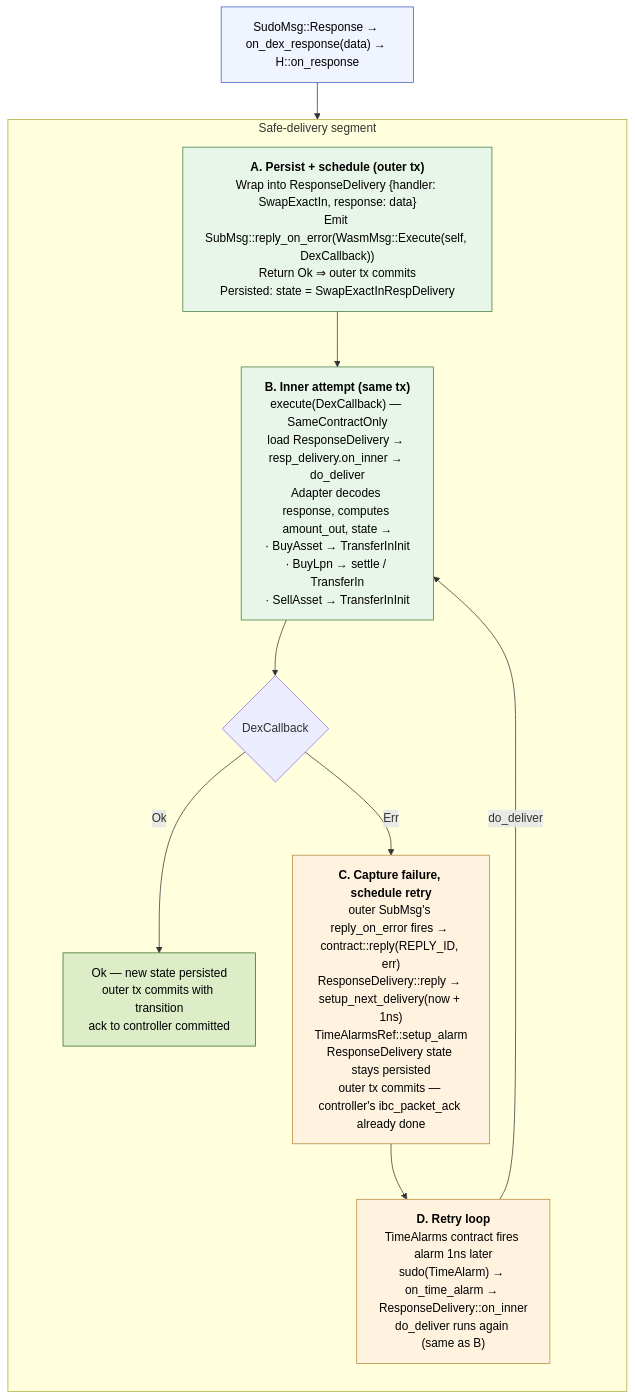
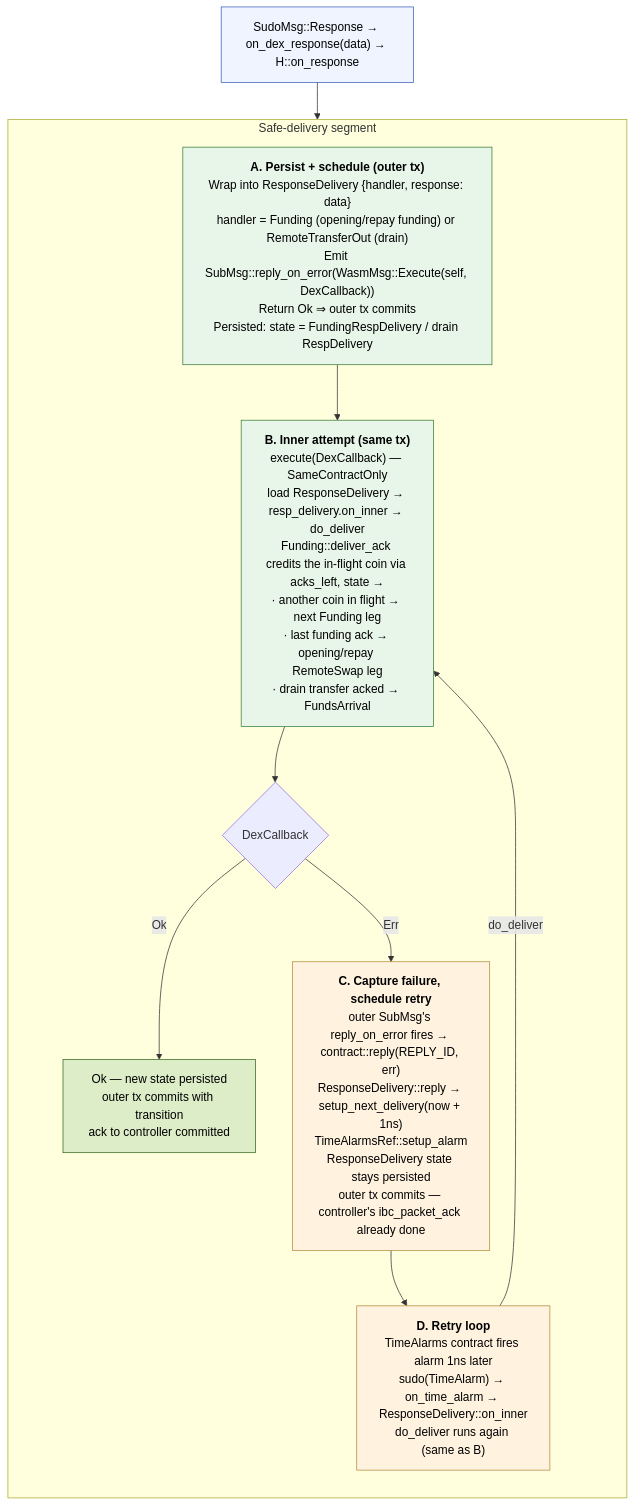
One commit to nolus-protocol/nolus-money-market changed the second of 2 diagrams in protocol/docs/remote-lease-callback-flow.md. Above: the diagram before and after it, drawn with Mermaid. The commit also changed other lines of this file and 32 other files, not shown here.

First line of the commit message:
feat(remote-lease): fund opening and repay over the transfer channel

````diff
--- a/protocol/docs/remote-lease-callback-flow.md
+++ b/protocol/docs/remote-lease-callback-flow.md
@@ -61,28 +62,28 @@
 ```mermaid
 flowchart TD
     classDef safeA  fill:#e8f5e9,stroke:#3a7d3a,color:#000;
     classDef safeB  fill:#e8f5e9,stroke:#3a7d3a,color:#000;
     classDef safeC  fill:#fff3e0,stroke:#b6883a,color:#000;
     classDef safeD  fill:#fff3e0,stroke:#b6883a,color:#000;
     classDef ok     fill:#dcedc8,stroke:#33691e,color:#000;
     classDef lease  fill:#f0f4ff,stroke:#3a5dbe,color:#000;
 
     DispatchResp["SudoMsg::Response → on_dex_response(data) → H::on_response"]:::lease
 
     subgraph SafeDelivery[Safe-delivery segment]
         direction TB
-        A["<b>A. Persist + schedule (outer tx)</b><br/>Wrap into ResponseDelivery {handler: SwapExactIn, response: data}<br/>Emit SubMsg::reply_on_error(WasmMsg::Execute(self, DexCallback))<br/>Return Ok ⇒ outer tx commits<br/>Persisted: state = SwapExactInRespDelivery"]:::safeA
-        B["<b>B. Inner attempt (same tx)</b><br/>execute(DexCallback) — SameContractOnly<br/>load ResponseDelivery → resp_delivery.on_inner → do_deliver<br/>Adapter decodes response, computes amount_out, state →<br/>· BuyAsset → TransferInInit<br/>· BuyLpn → settle / TransferIn<br/>· SellAsset → TransferInInit"]:::safeB
+        A["<b>A. Persist + schedule (outer tx)</b><br/>Wrap into ResponseDelivery {handler, response: data}<br/>handler = Funding (opening/repay funding) or RemoteTransferOut (drain)<br/>Emit SubMsg::reply_on_error(WasmMsg::Execute(self, DexCallback))<br/>Return Ok ⇒ outer tx commits<br/>Persisted: state = FundingRespDelivery / drain RespDelivery"]:::safeA
+        B["<b>B. Inner attempt (same tx)</b><br/>execute(DexCallback) — SameContractOnly<br/>load ResponseDelivery → resp_delivery.on_inner → do_deliver<br/>Funding::deliver_ack credits the in-flight coin via acks_left, state →<br/>· another coin in flight → next Funding leg<br/>· last funding ack → opening/repay RemoteSwap leg<br/>· drain transfer acked → FundsArrival"]:::safeB
         BSplit{DexCallback}
         BOk["Ok — new state persisted<br/>outer tx commits with transition<br/>ack to controller committed"]:::ok
         C["<b>C. Capture failure, schedule retry</b><br/>outer SubMsg's reply_on_error fires → contract::reply(REPLY_ID, err)<br/>ResponseDelivery::reply → setup_next_delivery(now + 1ns)<br/>TimeAlarmsRef::setup_alarm<br/>ResponseDelivery state stays persisted<br/>outer tx commits — controller's ibc_packet_ack already done"]:::safeC
         D["<b>D. Retry loop</b><br/>TimeAlarms contract fires alarm 1ns later<br/>sudo(TimeAlarm) → on_time_alarm → ResponseDelivery::on_inner<br/>do_deliver runs again (same as B)"]:::safeD
 
         A --> B --> BSplit
         BSplit -->|Ok| BOk
         BSplit -->|Err| C --> D
         D -->|do_deliver| B
     end
 
     DispatchResp --> A
 ```
````
